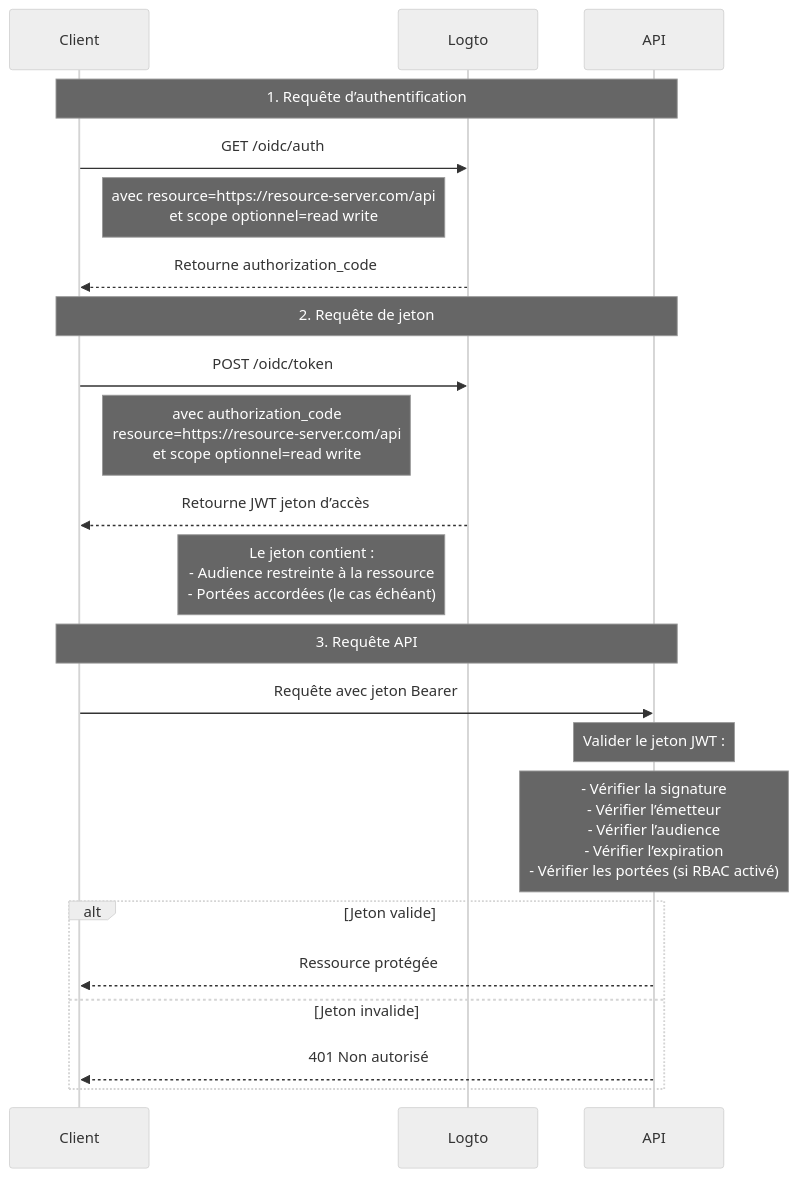
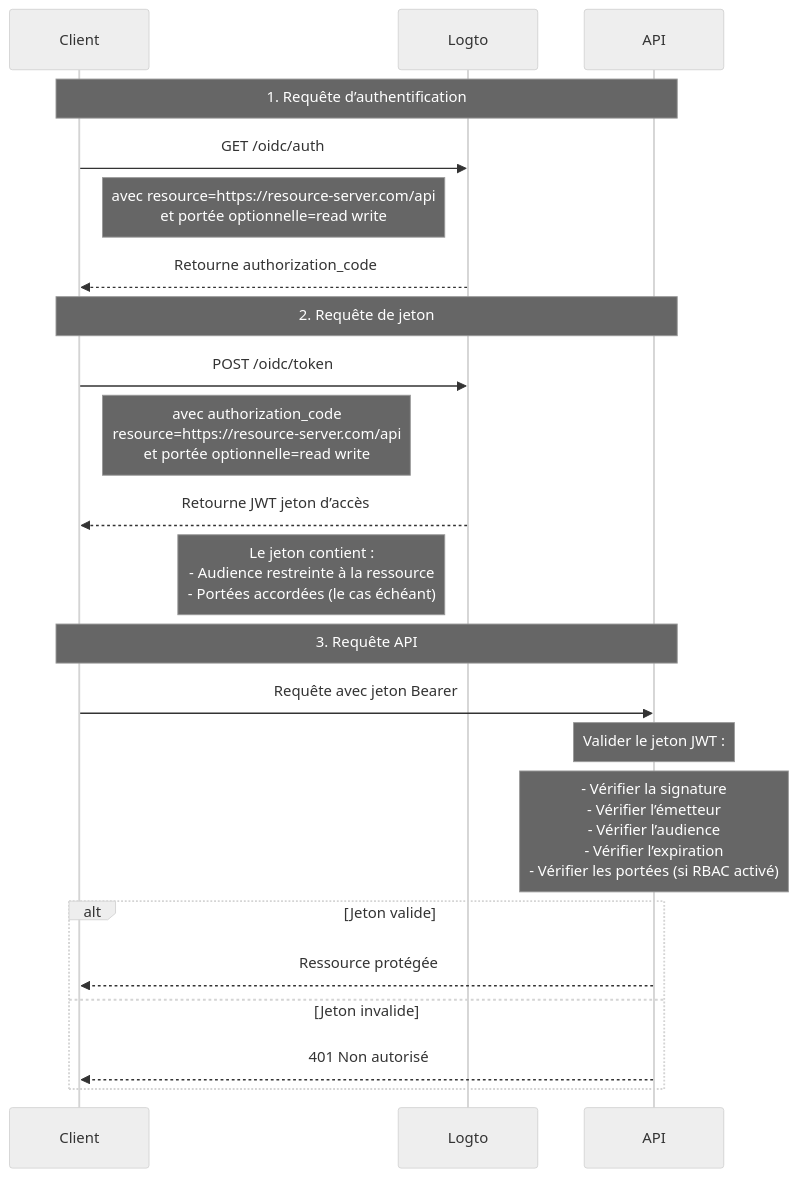
One commit to logto-io/docs changed the diagram in i18n/fr/docusaurus-plugin-content-docs/current/authorization/api-resources/protect-your-api.mdx. Above: the diagram before and after it, drawn with Mermaid (neutral theme). The commit also changed other lines of this file and 428 other files, not shown here.

````diff
--- a/i18n/fr/docusaurus-plugin-content-docs/current/authorization/api-resources/protect-your-api.mdx
+++ b/i18n/fr/docusaurus-plugin-content-docs/current/authorization/api-resources/protect-your-api.mdx
@@ -9,27 +9,27 @@
 ```mermaid
 sequenceDiagram
     participant Client
     participant Logto
     participant API
 
     Note over Client,API: 1. Requête d’authentification
     Client->>Logto: GET /oidc/auth
-    Note right of Client: avec resource=https://resource-server.com/api<br/>et scope optionnel=read write
+    Note right of Client: avec resource=https://resource-server.com/api<br/>et portée optionnelle=read write
     Logto-->>Client: Retourne authorization_code
 
     Note over Client,API: 2. Requête de jeton
     Client->>Logto: POST /oidc/token
-    Note right of Client: avec authorization_code<br/>resource=https://resource-server.com/api<br/>et scope optionnel=read write
+    Note right of Client: avec authorization_code<br/>resource=https://resource-server.com/api<br/>et portée optionnelle=read write
     Logto-->>Client: Retourne JWT jeton d’accès
     Note left of Logto: Le jeton contient :<br/>- Audience restreinte à la ressource<br/>- Portées accordées (le cas échéant)
 
     Note over Client,API: 3. Requête API
     Client->>API: Requête avec jeton Bearer
     Note over API: Valider le jeton JWT :
     Note over API: - Vérifier la signature<br/>- Vérifier l’émetteur<br/>- Vérifier l’audience<br/>- Vérifier l’expiration<br/>- Vérifier les portées (si RBAC activé)
     alt Jeton valide
         API-->>Client: Ressource protégée
     else Jeton invalide
         API-->>Client: 401 Non autorisé
     end
 ```
````
